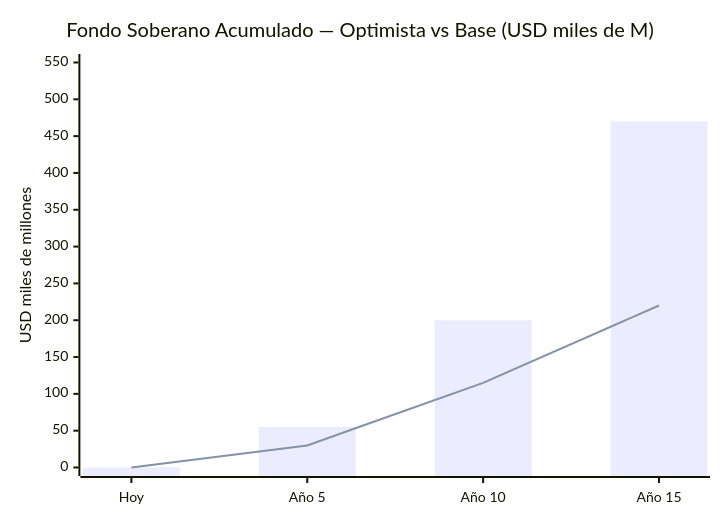
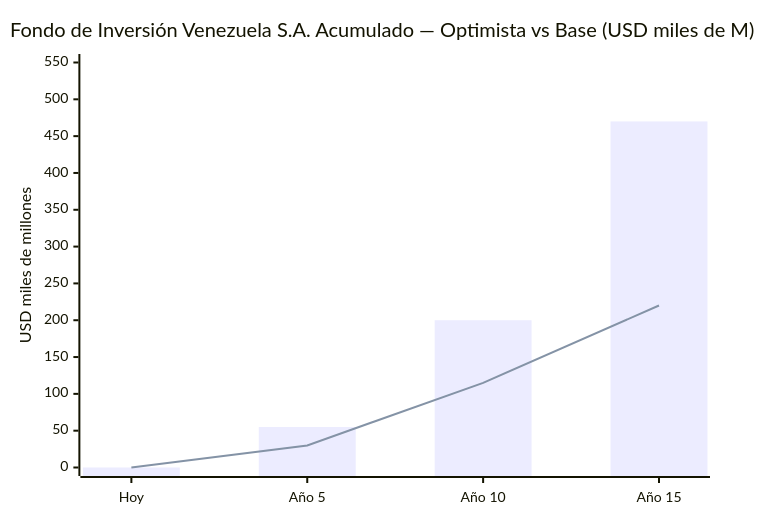
The fourth of 10 diagrams in docs/07-ejecucion/el-sueno.md (Venezuela-S-A/venezuela-sa), drawn with Mermaid before and after one commit. The commit also changed other lines of this file and 33 other files, not shown here.

First line of the commit message:
refactor: rename 'fondo soberano' to 'Fondo de Inversión Venezuela S.A.'

````diff
--- a/docs/07-ejecucion/el-sueno.md
+++ b/docs/07-ejecucion/el-sueno.md
@@ -336,8 +336,8 @@
 ```mermaid
 xychart-beta
-    title "Fondo Soberano Acumulado — Optimista vs Base (USD miles de M)"
+    title "Fondo de Inversión Venezuela S.A. Acumulado — Optimista vs Base (USD miles de M)"
     x-axis ["Hoy", "Año 5", "Año 10", "Año 15"]
     y-axis "USD miles de millones" 0 --> 550
     bar [0, 55, 200, 470]
     line [0, 30, 115, 220]
 ```
````
